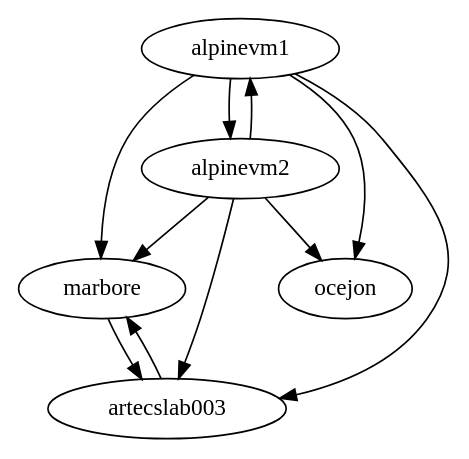
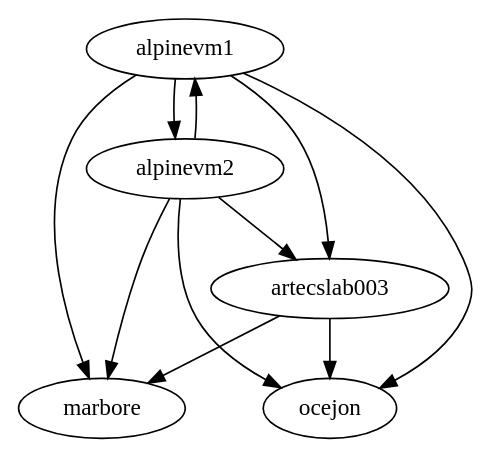
The diagram in triton-endpoint-controller/tservice_controller/input.dot (gulis1/planificacion-inferencia-edge), drawn with Graphviz before and after one commit. The commit also changed 30 other files, not shown here.

```diff
--- a/triton-endpoint-controller/tservice_controller/input.dot
+++ b/triton-endpoint-controller/tservice_controller/input.dot
@@ -1,17 +1,17 @@
 digraph G {
-  marbore -> artecslab003
+  //marbore -> artecslab003
   //marbore -> ocejon
 
   artecslab003 -> marbore
-  //artecslab003 -> ocejon
+  artecslab003 -> ocejon
   
   alpinevm1 -> marbore
   alpinevm1 -> ocejon
   alpinevm1 -> artecslab003
   alpinevm1 -> alpinevm2
   
   alpinevm2 -> marbore
   alpinevm2 -> ocejon
   alpinevm2 -> artecslab003
   alpinevm2 -> alpinevm1
 }
```
